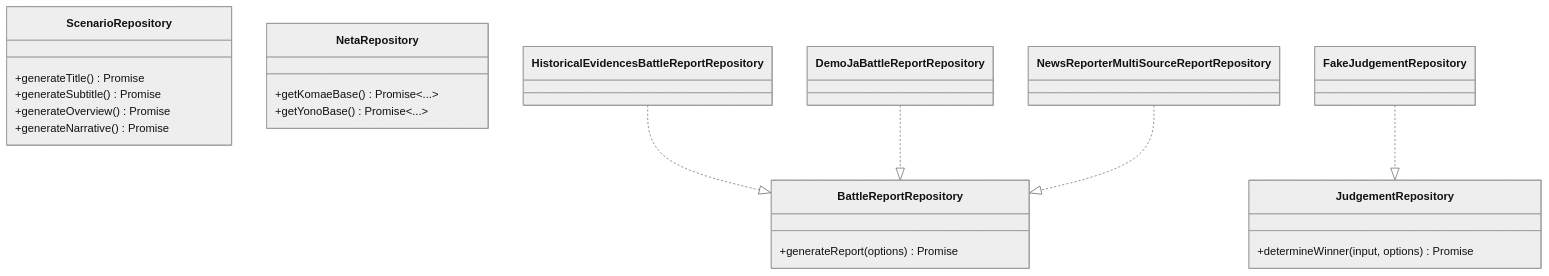
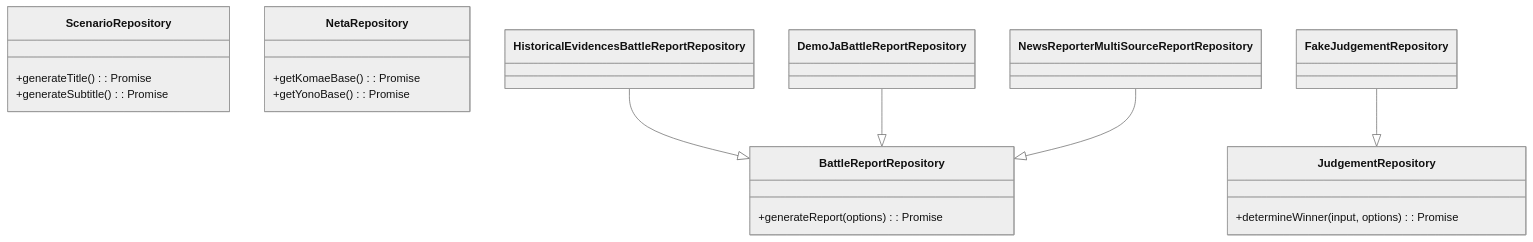
Before and after one commit to F88/yonokomae: the third of 3 diagrams in docs/DEVELOPMENT_EN.md, drawn with Mermaid (neutral theme). The commit also changed other lines of this file and 1 other file, not shown here.

````diff
--- a/docs/DEVELOPMENT_EN.md
+++ b/docs/DEVELOPMENT_EN.md
@@ -159,29 +73,22 @@
 ```mermaid
 classDiagram
-  class BattleReportRepository {
-    +generateReport(options) Promise<Battle>
-  }
-  class JudgementRepository {
-    +determineWinner(input, options) Promise<Verdict>
-  }
-  class ScenarioRepository {
-    +generateTitle() Promise<string>
-    +generateSubtitle() Promise<string>
-    +generateOverview() Promise<string>
-    +generateNarrative() Promise<string>
-  }
-  class NetaRepository {
-    +getKomaeBase() Promise<...>
-    +getYonoBase() Promise<...>
-  }
-  class HistoricalEvidencesBattleReportRepository
-  class FakeJudgementRepository
-  class DemoJaBattleReportRepository
-  class NewsReporterMultiSourceReportRepository
+    class BattleReportRepository {
+        +generateReport(options): Promise<Battle>
+    }
+    class JudgementRepository {
+        +determineWinner(input, options): Promise<Verdict>
+    }
+    class ScenarioRepository {
+        +generateTitle(): Promise<string>
+        +generateSubtitle(): Promise<string>
+    }
+    class NetaRepository {
+        +getKomaeBase(): Promise<Neta>
+        +getYonoBase(): Promise<Neta>
+    }
 
-  HistoricalEvidencesBattleReportRepository ..|> BattleReportRepository
-  DemoJaBattleReportRepository ..|> BattleReportRepository
-  NewsReporterMultiSourceReportRepository ..|> BattleReportRepository
-  FakeJudgementRepository ..|> JudgementRepository
-  %% NetaRepository currently provided by random-data seeds via helper functions
+    HistoricalEvidencesBattleReportRepository --|> BattleReportRepository
+    DemoJaBattleReportRepository --|> BattleReportRepository
+    NewsReporterMultiSourceReportRepository --|> BattleReportRepository
+    FakeJudgementRepository --|> JudgementRepository
 ```
````
